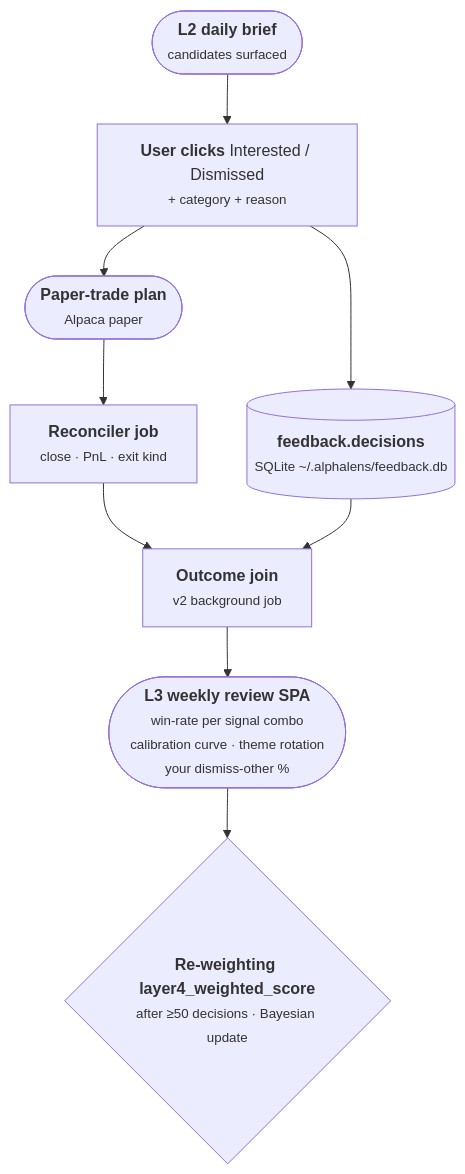
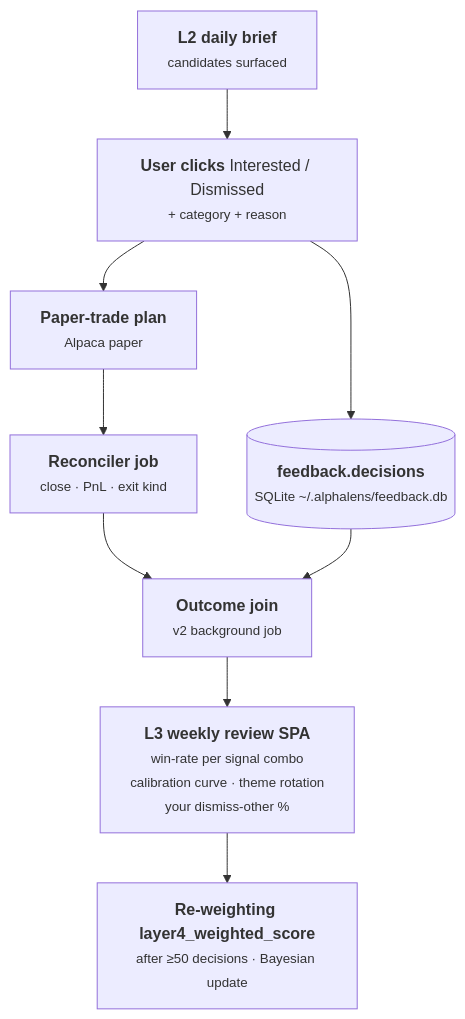
The second of 3 diagrams in docs/research/alphalens_ideal_shape_2026_05_29.md (kamilpajak/AlphaLens), drawn with Mermaid before and after one commit. The commit also changed other lines of this file, not shown here.

````diff
--- a/docs/research/alphalens_ideal_shape_2026_05_29.md
+++ b/docs/research/alphalens_ideal_shape_2026_05_29.md
@@ -113,20 +113,20 @@
 ```mermaid
 flowchart TD
-    A(["<b>L2 daily brief</b><br/><small>candidates surfaced</small>"])
+    A["<b>L2 daily brief</b><br/><small>candidates surfaced</small>"]
     B["<b>User clicks</b> Interested / Dismissed<br/><small>+ category + reason</small>"]
     C[("<b>feedback.decisions</b><br/><small>SQLite ~/.alphalens/feedback.db</small>")]
-    D(["<b>Paper-trade plan</b><br/><small>Alpaca paper</small>"])
+    D["<b>Paper-trade plan</b><br/><small>Alpaca paper</small>"]
     E["<b>Reconciler job</b><br/><small>close · PnL · exit kind</small>"]
     F["<b>Outcome join</b><br/><small>v2 background job</small>"]
-    G(["<b>L3 weekly review SPA</b><br/><small>win-rate per signal combo<br/>calibration curve · theme rotation<br/>your dismiss-other %</small>"])
-    H{"<b>Re-weighting layer4_weighted_score</b><br/><small>after ≥50 decisions · Bayesian update</small>"}
+    G["<b>L3 weekly review SPA</b><br/><small>win-rate per signal combo<br/>calibration curve · theme rotation<br/>your dismiss-other %</small>"]
+    H["<b>Re-weighting layer4_weighted_score</b><br/><small>after ≥50 decisions · Bayesian update</small>"]
 
     A --> B
     B --> C
     B --> D
     D --> E
     E --> F
     C --> F
     F --> G
     G --> H
 ```
````
